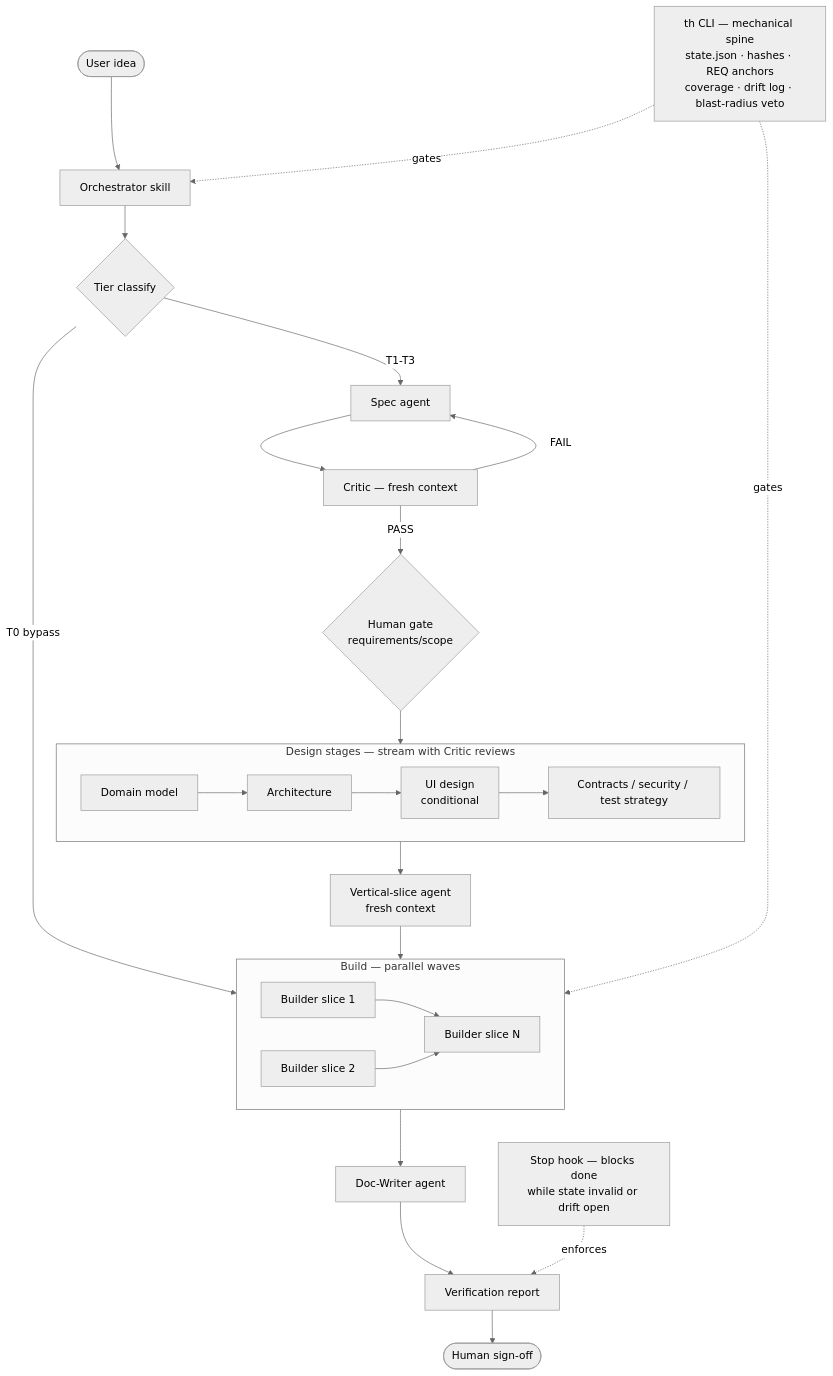
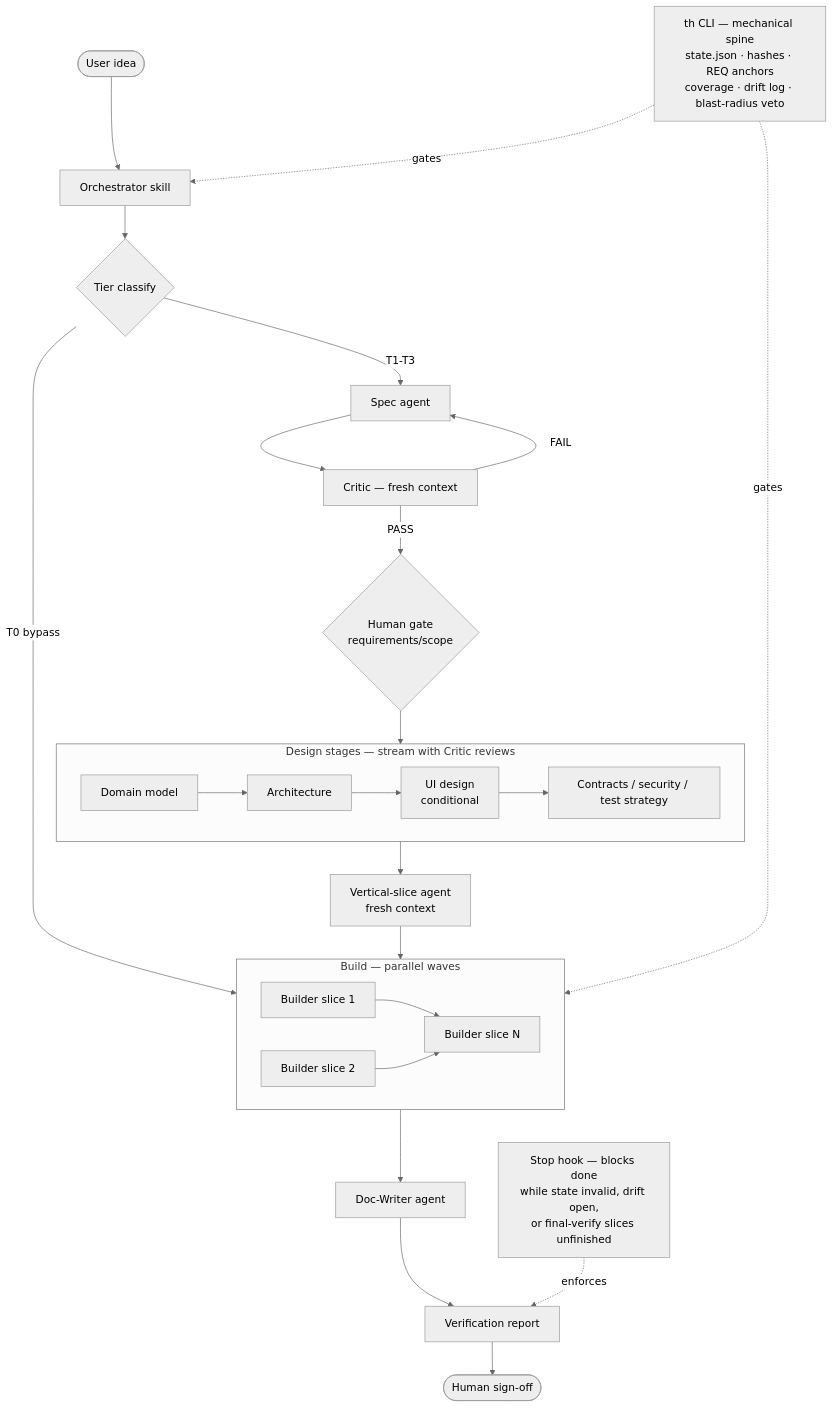
Before and after one commit to JrSneed28/TwinHarness: the diagram in README.md, drawn with Mermaid (neutral theme). The commit also changed other lines of this file and 1 other file, not shown here.

````diff
--- a/README.md
+++ b/README.md
@@ -44,39 +44,39 @@
 ```mermaid
 flowchart TD
     Idea([User idea]) --> Orch[Orchestrator skill]
 
     Orch --> Tier{Tier classify}
     Tier -- T0 bypass --> Build
     Tier -- T1-T3 --> Spec
 
     Spec[Spec agent] --> CriticSpec[Critic — fresh context]
     CriticSpec -- FAIL --> Spec
     CriticSpec -- PASS --> HumanGate{Human gate<br/>requirements/scope}
     HumanGate --> DesignStages
 
     subgraph DesignStages[Design stages — stream with Critic reviews]
         direction LR
         D1[Domain model] --> D2[Architecture]
         D2 --> D3[UI design<br/>conditional]
         D3 --> D4[Contracts / security / test strategy]
     end
 
     DesignStages --> VS[Vertical-slice agent<br/>fresh context]
     VS --> Build
 
     subgraph Build[Build — parallel waves]
         direction LR
         B1[Builder slice 1] & B2[Builder slice 2] --> B3[Builder slice N]
     end
 
     Build --> DocWriter[Doc-Writer agent]
     DocWriter --> Verify[Verification report]
     Verify --> SignOff([Human sign-off])
 
     CLI["th CLI — mechanical spine<br/>state.json · hashes · REQ anchors<br/>coverage · drift log · blast-radius veto"]
-    StopHook[Stop hook — blocks done<br/>while state invalid or drift open]
+    StopHook[Stop hook — blocks done<br/>while state invalid, drift open,<br/>or final-verify slices unfinished]
 
     CLI -. gates .-> Orch
     CLI -. gates .-> Build
     StopHook -. enforces .-> Verify
 ```
````
